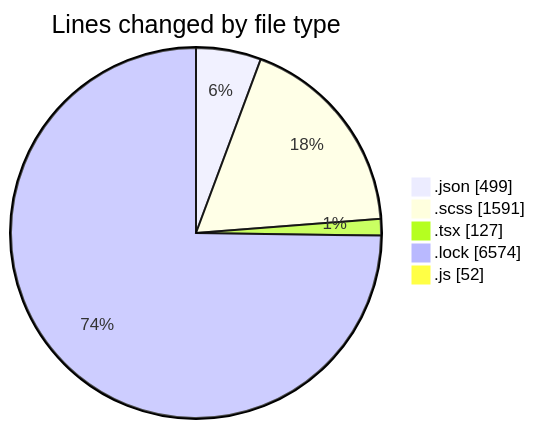
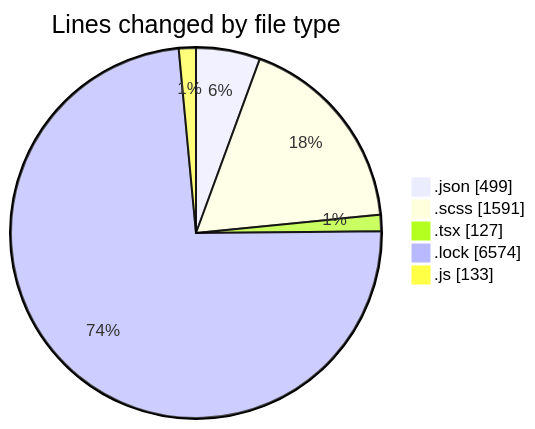
One commit to momahboobian/code-tracking changed the first of 2 diagrams in 2026-08-11/cda/README.md. Above: the diagram before and after it, drawn with Mermaid. The commit also changed other lines of this file and 1 other file, not shown here.

````diff
--- a/2026-08-11/cda/README.md
+++ b/2026-08-11/cda/README.md
@@ -30,9 +31,9 @@
 ```mermaid
 pie showData
 title Lines changed by file type
 ".json" : 499
 ".scss" : 1591
 ".tsx" : 127
 ".lock" : 6574
-".js" : 52
+".js" : 133
 ```
````
